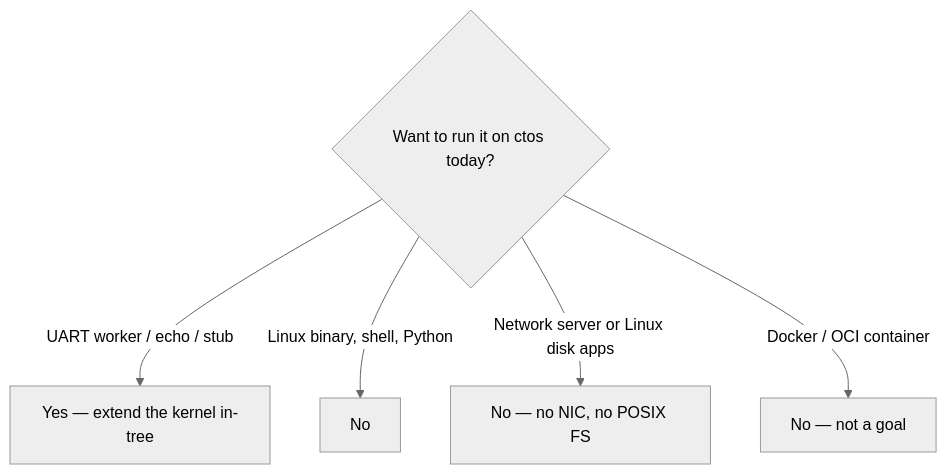
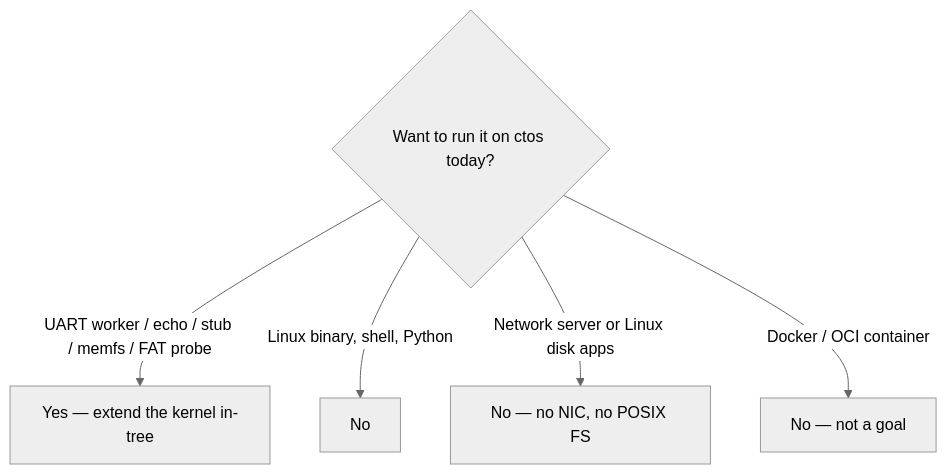
The third of 3 diagrams in docs/overview/what-can-run.md (artofdream/ctos), drawn with Mermaid (neutral theme) before and after one commit. The commit also changed other lines of this file and 21 other files, not shown here.

````diff
--- a/docs/overview/what-can-run.md
+++ b/docs/overview/what-can-run.md
@@ -44,8 +134,8 @@
 ```mermaid
 flowchart TD
   Q{"Want to run it on ctos today?"}
-  Q -->|UART worker / echo / stub| Y["Yes — extend the kernel in-tree"]
+  Q -->|UART worker / echo / stub / memfs / FAT probe| Y["Yes — extend the kernel in-tree"]
   Q -->|Linux binary, shell, Python| N1["No"]
   Q -->|Network server or Linux disk apps| N2["No — no NIC, no POSIX FS"]
   Q -->|Docker / OCI container| N3["No — not a goal"]
 ```
````
